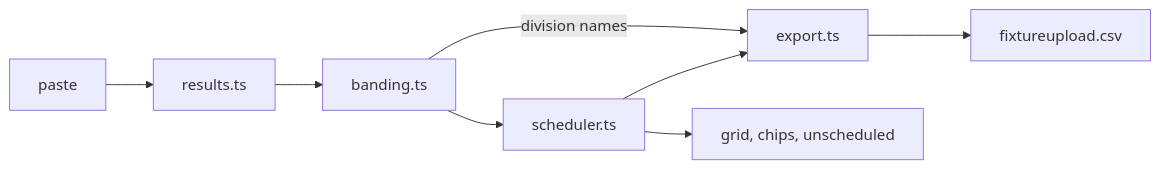
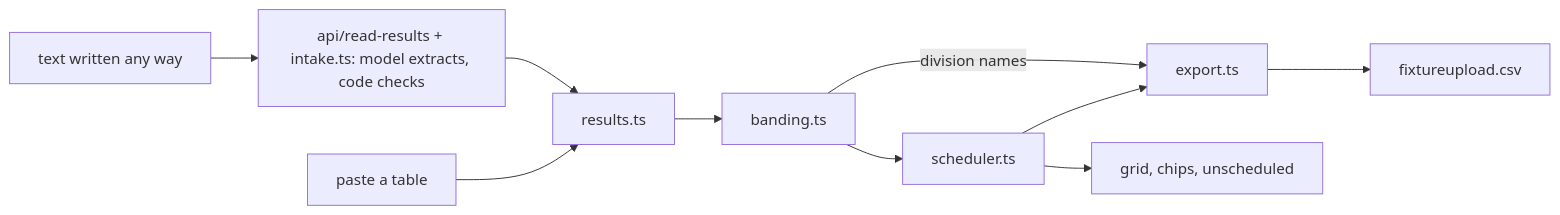
One commit to itssaharsh/regrade changed the diagram in ARCHITECTURE.md. Above: the diagram before and after it, drawn with Mermaid. The commit also changed other lines of this file and 7 other files, not shown here.

Commit message:
Review screen: focusable lists, ink buttons for panel actions; ADR 0005; architecture and README for the reading step and club lists

````diff
--- a/ARCHITECTURE.md
+++ b/ARCHITECTURE.md
@@ -20,10 +21,12 @@
 ```mermaid
 flowchart LR
-  P[paste] --> R[results.ts]
+  T[text written any way] --> I[api/read-results + intake.ts: model extracts, code checks]
+  I --> R
+  P[paste a table] --> R[results.ts]
   R --> B[banding.ts]
   B --> S[scheduler.ts]
   B -->|division names| E
   S --> E[export.ts]
   S --> U[grid, chips, unscheduled]
   E --> D[fixtureupload.csv]
 ```
````
